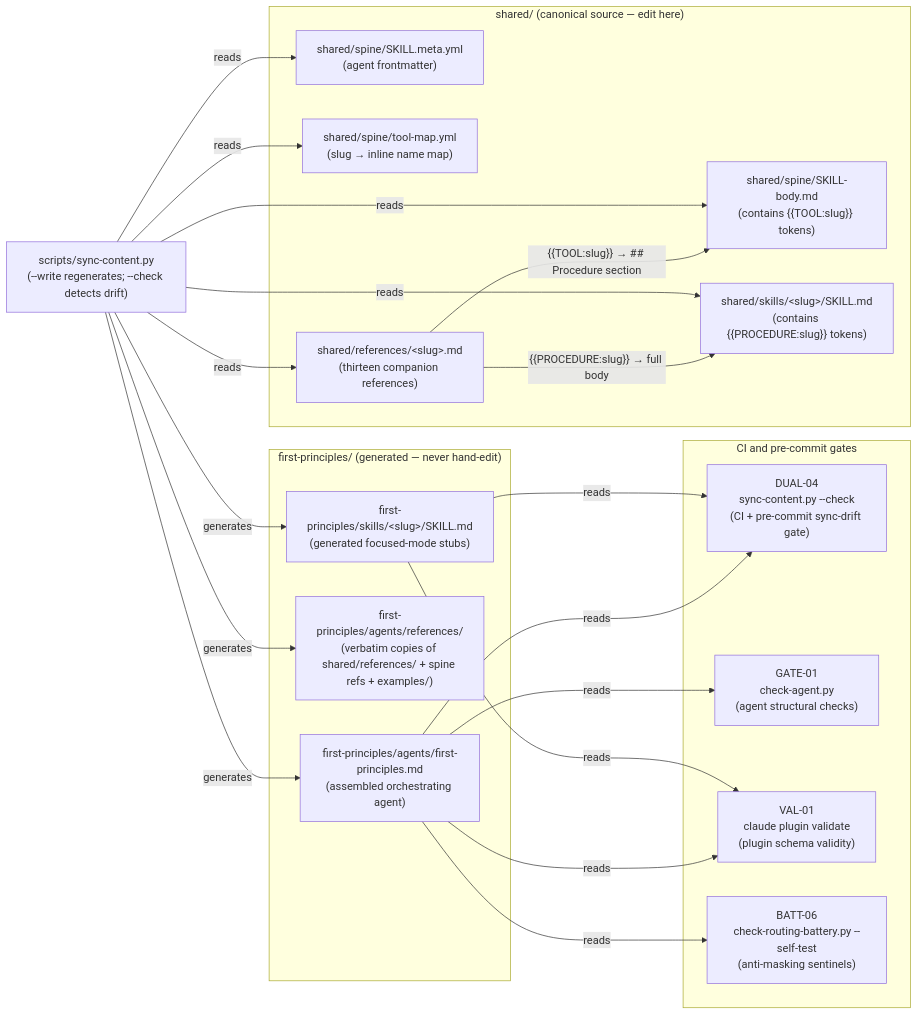
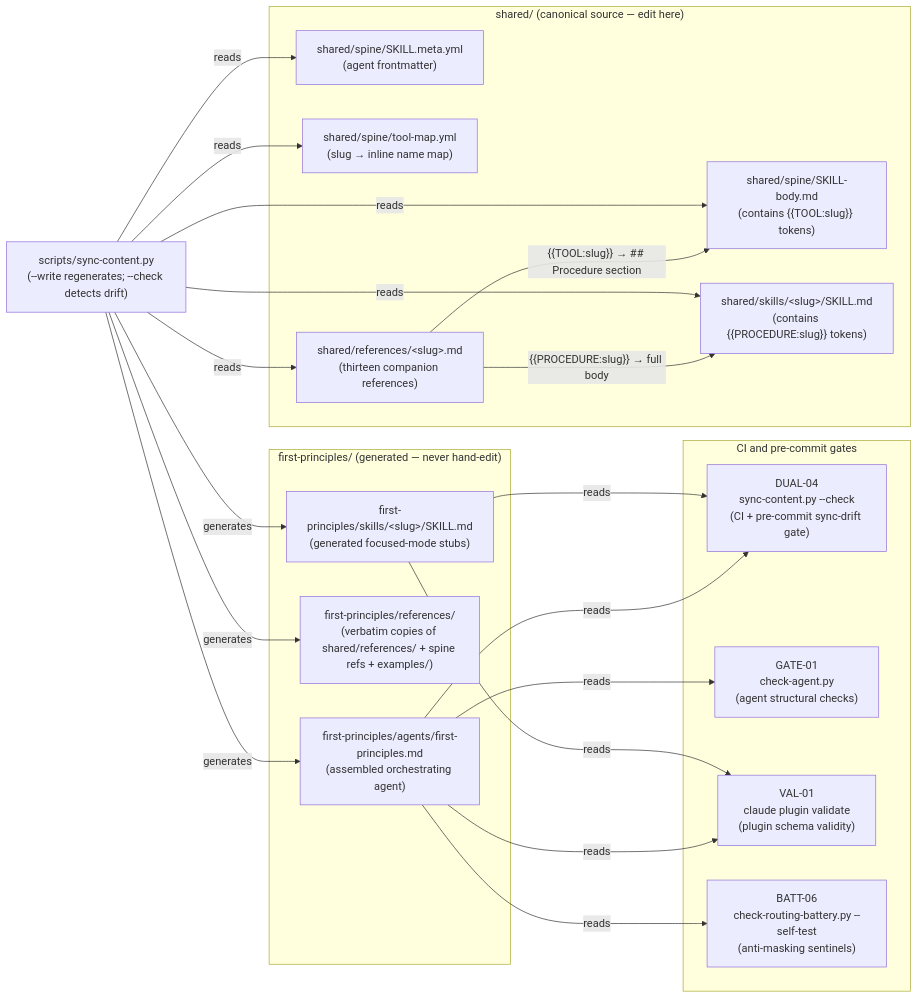
The first of 2 diagrams in docs/COMPONENT-DIAGRAM.md (chrisdavidson/first-principles-skill), drawn with Mermaid before and after one commit. The commit also changed 8 other files, not shown here.

First line of the commit message:
docs(plugin): record the reference tree's move out of agents/

````diff
--- a/docs/COMPONENT-DIAGRAM.md
+++ b/docs/COMPONENT-DIAGRAM.md
@@ -20,45 +20,45 @@
 ```mermaid
 flowchart LR
     subgraph shared ["shared/ (canonical source — edit here)"]
         BODY["shared/spine/SKILL-body.md\n(contains {{TOOL:slug}} tokens)"]
         META["shared/spine/SKILL.meta.yml\n(agent frontmatter)"]
         TOOLMAP["shared/spine/tool-map.yml\n(slug → inline name map)"]
         REFS["shared/references/&lt;slug&gt;.md\n(thirteen companion references)"]
         SKILLS["shared/skills/&lt;slug&gt;/SKILL.md\n(contains {{PROCEDURE:slug}} tokens)"]
     end
 
     SYNC["scripts/sync-content.py\n(--write regenerates; --check detects drift)"]
 
     subgraph generated ["first-principles/ (generated — never hand-edit)"]
         AGENT["first-principles/agents/first-principles.md\n(assembled orchestrating agent)"]
-        REFS_OUT["first-principles/agents/references/\n(verbatim copies of shared/references/ + spine refs + examples/)"]
+        REFS_OUT["first-principles/references/\n(verbatim copies of shared/references/ + spine refs + examples/)"]
         SKILLS_OUT["first-principles/skills/&lt;slug&gt;/SKILL.md\n(generated focused-mode stubs)"]
     end
 
     subgraph gates ["CI and pre-commit gates"]
         DUAL04["DUAL-04\nsync-content.py --check\n(CI + pre-commit sync-drift gate)"]
         GATE01["GATE-01\ncheck-agent.py\n(agent structural checks)"]
         VAL01["VAL-01\nclaude plugin validate\n(plugin schema validity)"]
         BATT06["BATT-06\ncheck-routing-battery.py --self-test\n(anti-masking sentinels)"]
     end
 
     REFS -->|"{{TOOL:slug}} → ## Procedure section"| BODY
     REFS -->|"{{PROCEDURE:slug}} → full body"| SKILLS
 
     SYNC -->|"reads"| META
     SYNC -->|"reads"| BODY
     SYNC -->|"reads"| TOOLMAP
     SYNC -->|"reads"| REFS
     SYNC -->|"reads"| SKILLS
 
     SYNC -->|"generates"| AGENT
     SYNC -->|"generates"| REFS_OUT
     SYNC -->|"generates"| SKILLS_OUT
 
     AGENT -->|"reads"| DUAL04
     SKILLS_OUT -->|"reads"| DUAL04
     AGENT -->|"reads"| GATE01
     AGENT -->|"reads"| VAL01
     SKILLS_OUT -->|"reads"| VAL01
     AGENT -->|"reads"| BATT06
 ```
````
